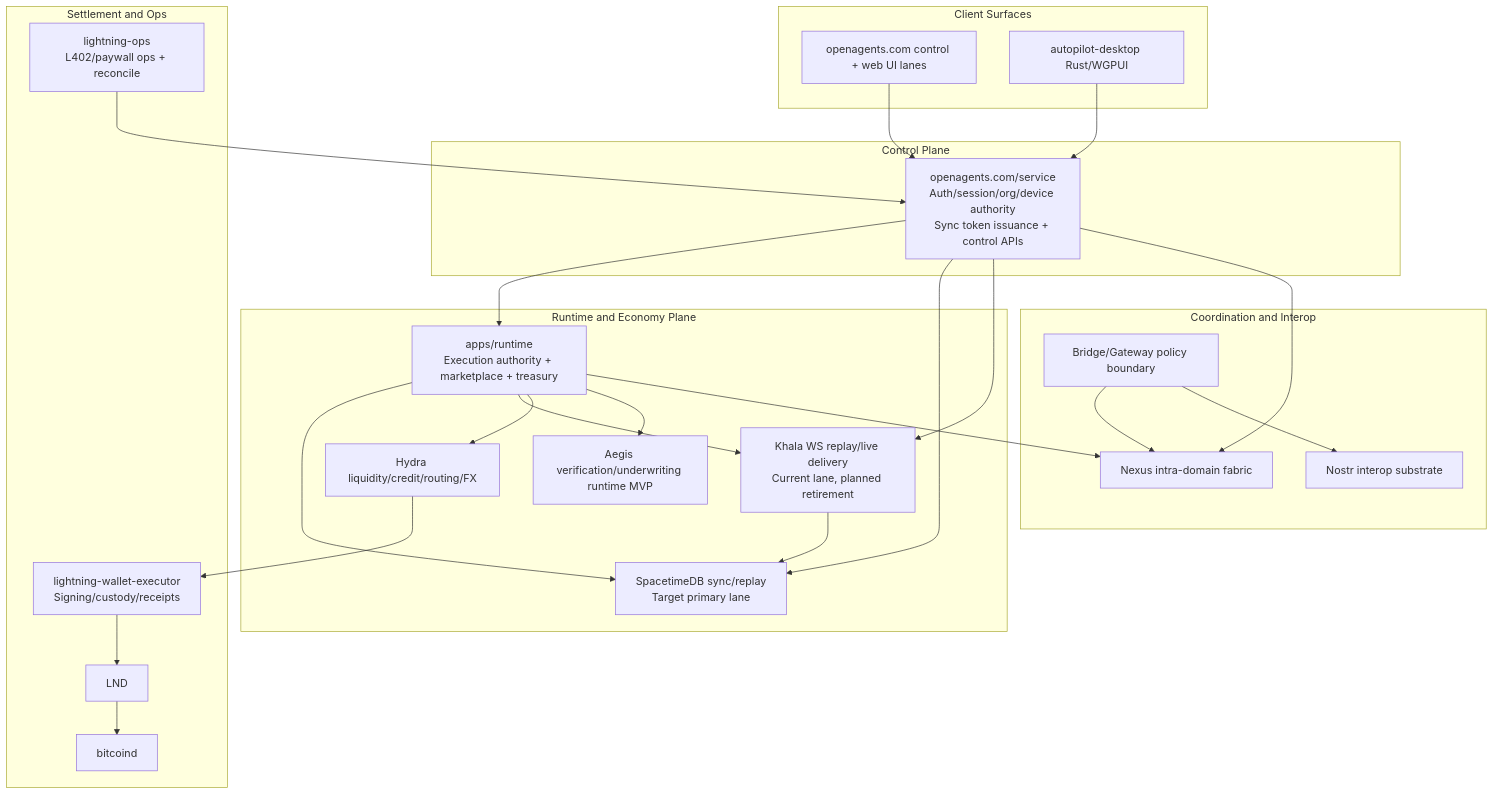
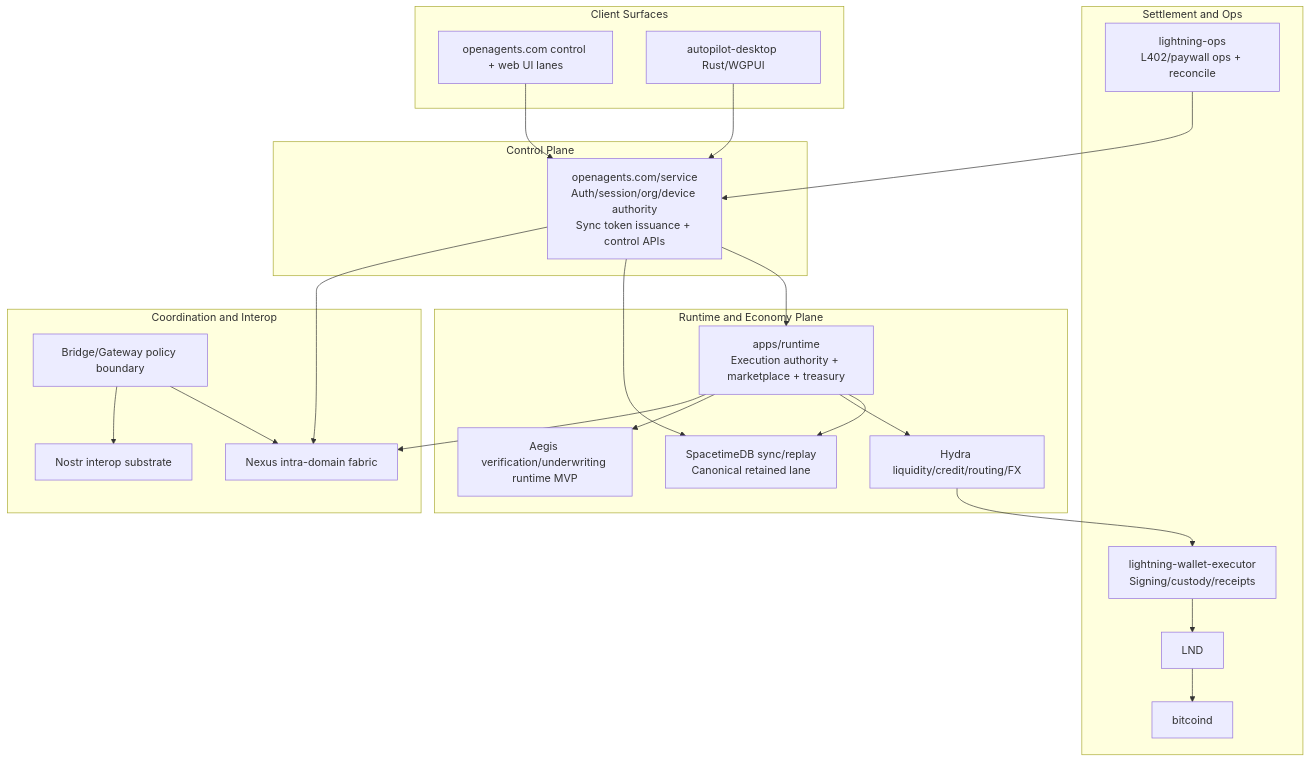
One commit to OpenAgentsInc/openagents changed the diagram in docs/core/ARCHITECTURE.md. Above: the diagram before and after it, drawn with Mermaid. The commit also changed other lines of this file and 22 other files, not shown here.

````diff
--- a/docs/core/ARCHITECTURE.md
+++ b/docs/core/ARCHITECTURE.md
@@ -88,61 +88,56 @@
 ```mermaid
 flowchart TB
   subgraph surfaces[Client Surfaces]
     web[openagents.com control + web UI lanes]
     desktop[autopilot-desktop Rust/WGPUI]
   end
 
   subgraph controlplane[Control Plane]
     control[openagents.com/service
 Auth/session/org/device authority
 Sync token issuance + control APIs]
   end
 
   subgraph runtimeplane[Runtime and Economy Plane]
     runtime[apps/runtime
 Execution authority + marketplace + treasury]
     spacetime[SpacetimeDB sync/replay
-Target primary lane]
-    khala[Khala WS replay/live delivery
-Current lane, planned retirement]
+Canonical retained lane]
     hydra[Hydra liquidity/credit/routing/FX]
     aegis[Aegis verification/underwriting runtime MVP]
   end
 
   subgraph settlement[Settlement and Ops]
     lwe[lightning-wallet-executor
 Signing/custody/receipts]
     lops[lightning-ops
 L402/paywall ops + reconcile]
     lnd[LND]
     bitcoind[bitcoind]
   end
 
   subgraph fabrics[Coordination and Interop]
     nexus[Nexus intra-domain fabric]
     bridge[Bridge/Gateway policy boundary]
     nostr[Nostr interop substrate]
   end
 
   web --> control
   desktop --> control
 
   control --> runtime
   control --> spacetime
   runtime --> spacetime
-  control --> khala
-  runtime --> khala
-  khala --> spacetime
 
   runtime --> hydra
   runtime --> aegis
   hydra --> lwe
   lops --> control
   lwe --> lnd
   lnd --> bitcoind
 
   runtime --> nexus
   control --> nexus
   bridge --> nexus
   bridge --> nostr
 ```
````
